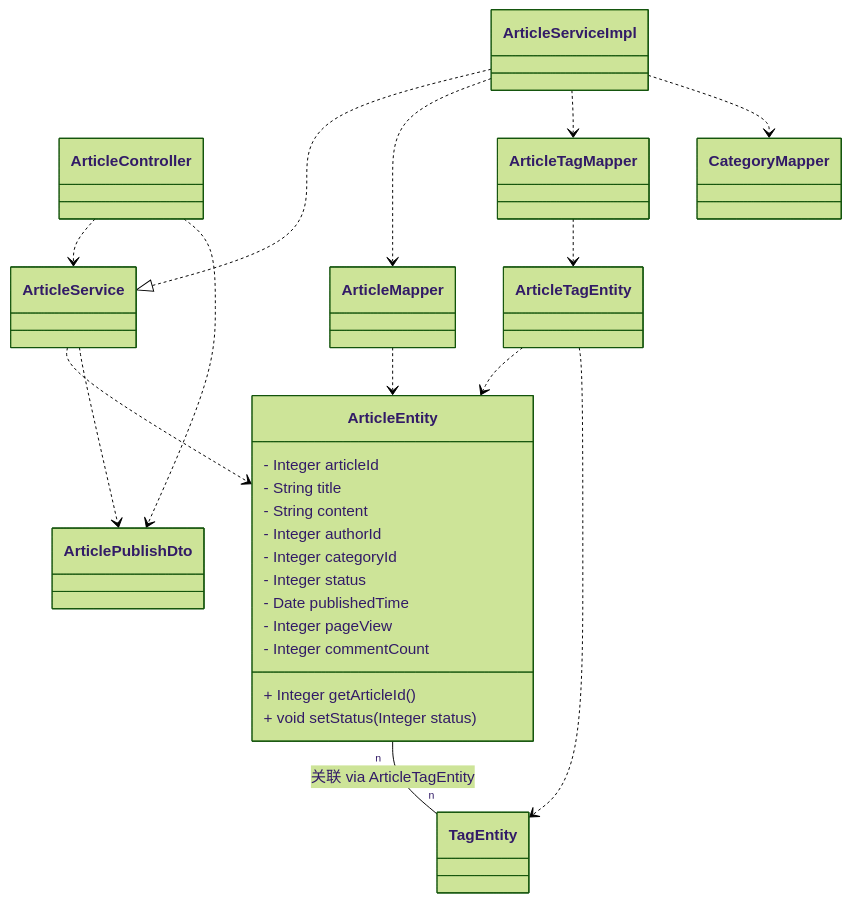
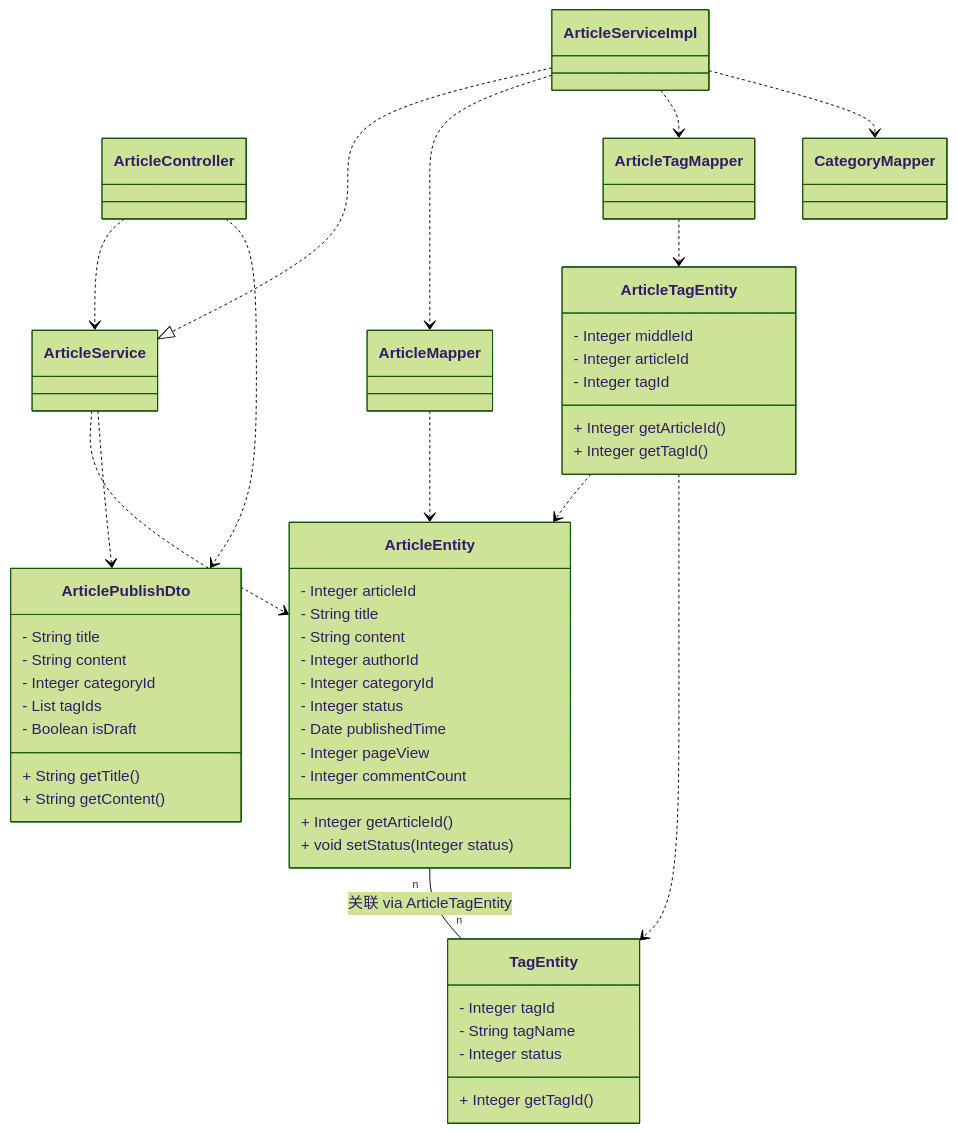
Before and after one commit to DEbalanceUX/iodraw-files: the diagram in all/未命名-1.md, drawn with Mermaid (forest theme).

Commit message:
2025-12-11 09:28:05 update

````diff
--- a/all/未命名-1.md
+++ b/all/未命名-1.md
@@ -1,35 +1,62 @@
 ```mermaid
 classDiagram
     %% 核心关系定义
     ArticleServiceImpl ..|> ArticleService  
     ArticleEntity "n" -- "n" TagEntity : 关联 via ArticleTagEntity  
     ArticleTagEntity ..> ArticleEntity     
     ArticleTagEntity ..> TagEntity         
     
     %% 依赖关系
     ArticleController ..> ArticleService
     ArticleController ..> ArticlePublishDto
     ArticleServiceImpl ..> ArticleMapper
     ArticleServiceImpl ..> ArticleTagMapper
     ArticleServiceImpl ..> CategoryMapper
     ArticleService ..> ArticleEntity
     ArticleService ..> ArticlePublishDto
     ArticleMapper ..> ArticleEntity
     ArticleTagMapper ..> ArticleTagEntity
 
     %% 文章实体类
     class ArticleEntity {
         - Integer articleId
         - String title
         - String content
         - Integer authorId
         - Integer categoryId
         - Integer status
         - Date publishedTime
         - Integer pageView
         - Integer commentCount
         + Integer getArticleId()
         + void setStatus(Integer status)
     }
+    %% 文章标签关联实体类（处理多对多关系）
+    class ArticleTagEntity {
+        - Integer middleId
+        - Integer articleId
+        - Integer tagId
+        + Integer getArticleId()
+        + Integer getTagId()
+    }
+
+    %% 标签实体类（补充多对多关联的基础类）
+    class TagEntity {
+        - Integer tagId
+        - String tagName
+        - Integer status
+        + Integer getTagId()
+    }
+
+    %% 博客发布请求类
+    class ArticlePublishDto {
+        - String title
+        - String content
+        - Integer categoryId
+        - List<Integer> tagIds
+        - Boolean isDraft
+        + String getTitle()
+        + String getContent()
+    }
 
 ```
````
